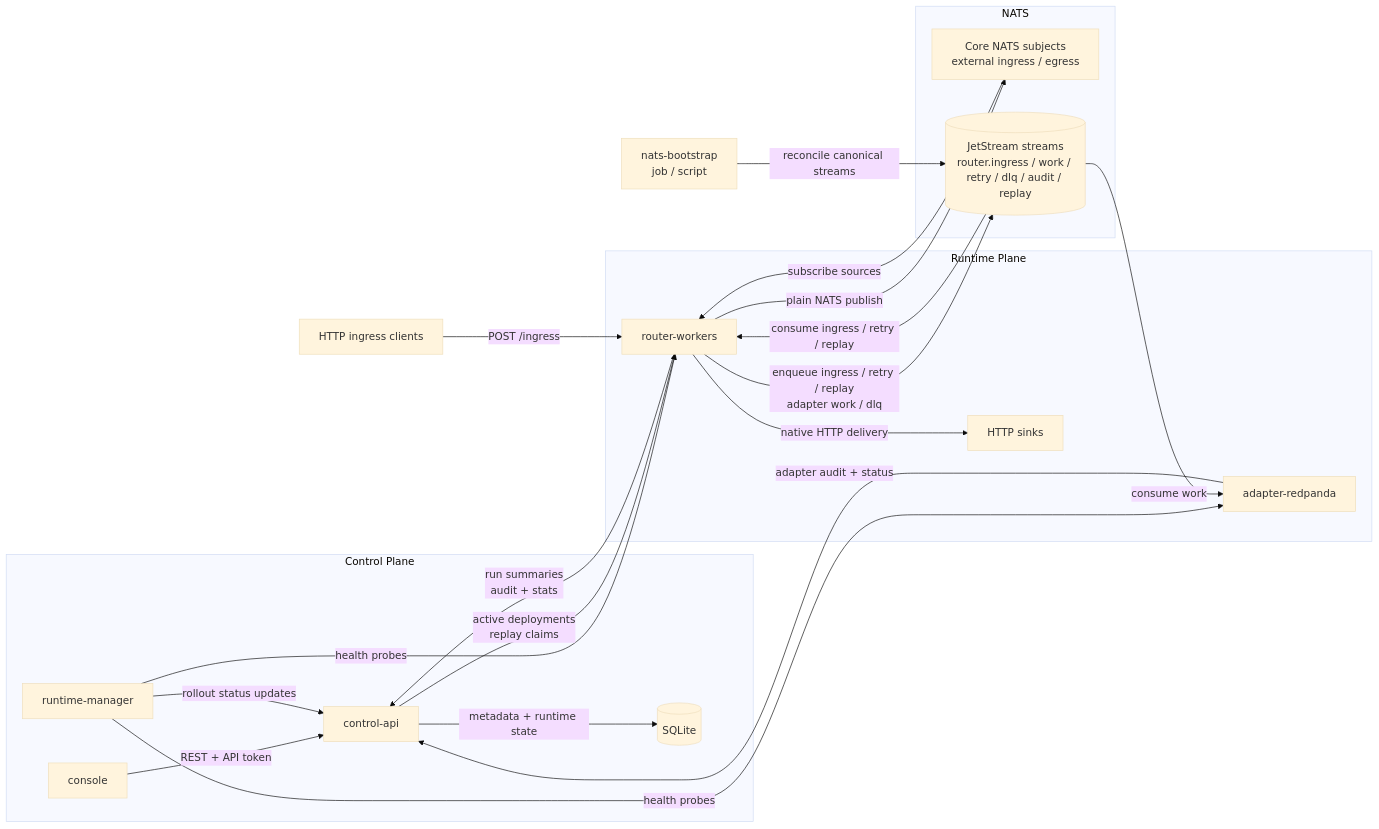
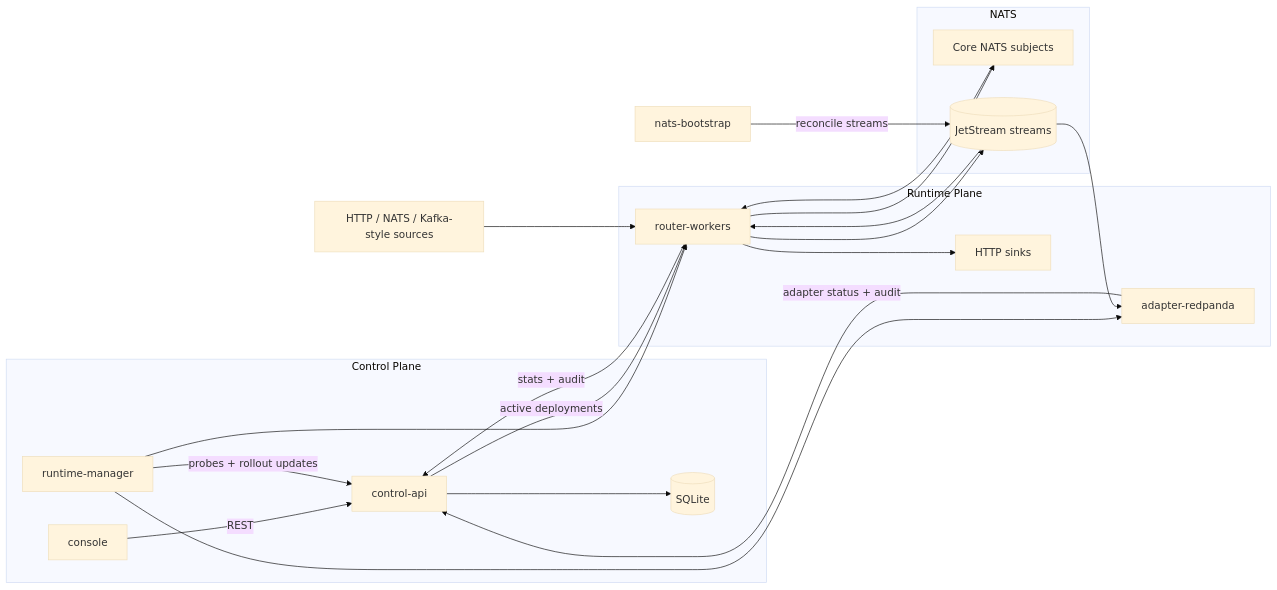
One commit to vorcigernix/rohrpost changed the first of 2 diagrams in README.md. Above: the diagram before and after it, drawn with Mermaid (base theme). The commit also changed other lines of this file and 6 other files, not shown here.

````diff
--- a/README.md
+++ b/README.md
@@ -49,45 +113,40 @@
 ```mermaid
 flowchart LR
   subgraph ControlPlane["Control Plane"]
     Console["console"]
     ControlAPI["control-api"]
     SQLite[("SQLite")]
     RuntimeManager["runtime-manager"]
   end
 
   subgraph Broker["NATS"]
-    CoreNATS["Core NATS subjects\nexternal ingress / egress"]
-    JetStream[("JetStream streams\nrouter.ingress / work / retry / dlq / audit / replay")]
+    CoreNATS["Core NATS subjects"]
+    JetStream[("JetStream streams")]
   end
 
   subgraph RuntimePlane["Runtime Plane"]
     Router["router-workers"]
     Adapter["adapter-redpanda"]
     HttpSinks["HTTP sinks"]
   end
 
-  Bootstrap["nats-bootstrap\njob / script"]
-  HttpIngress["HTTP ingress clients"]
+  Sources["HTTP / NATS / Kafka-style sources"]
+  Bootstrap["nats-bootstrap"]
 
-  Console -->|REST + API token| ControlAPI
-  ControlAPI -->|metadata + runtime state| SQLite
-  RuntimeManager -->|health probes| Router
-  RuntimeManager -->|health probes| Adapter
-  RuntimeManager -->|rollout status updates| ControlAPI
-
-  ControlAPI -->|active deployments\nreplay claims| Router
-  Router -->|run summaries\naudit + stats| ControlAPI
-  Adapter -->|adapter audit + status| ControlAPI
-
-  Bootstrap -->|reconcile canonical streams| JetStream
-
-  HttpIngress -->|POST /ingress| Router
-  CoreNATS -->|subscribe sources| Router
-  Router -->|plain NATS publish| CoreNATS
-
-  Router -->|enqueue ingress / retry / replay\nadapter work / dlq| JetStream
-  JetStream -->|consume ingress / retry / replay| Router
-  JetStream -->|consume work| Adapter
-
-  Router -->|native HTTP delivery| HttpSinks
+  Console -->|REST| ControlAPI
+  ControlAPI --> SQLite
+  RuntimeManager -->|probes + rollout updates| ControlAPI
+  RuntimeManager --> Router
+  RuntimeManager --> Adapter
+  ControlAPI -->|active deployments| Router
+  Router -->|stats + audit| ControlAPI
+  Adapter -->|adapter status + audit| ControlAPI
+  Bootstrap -->|reconcile streams| JetStream
+  Sources --> Router
+  CoreNATS --> Router
+  Router --> CoreNATS
+  Router --> JetStream
+  JetStream --> Router
+  JetStream --> Adapter
+  Router --> HttpSinks
 ```
````
